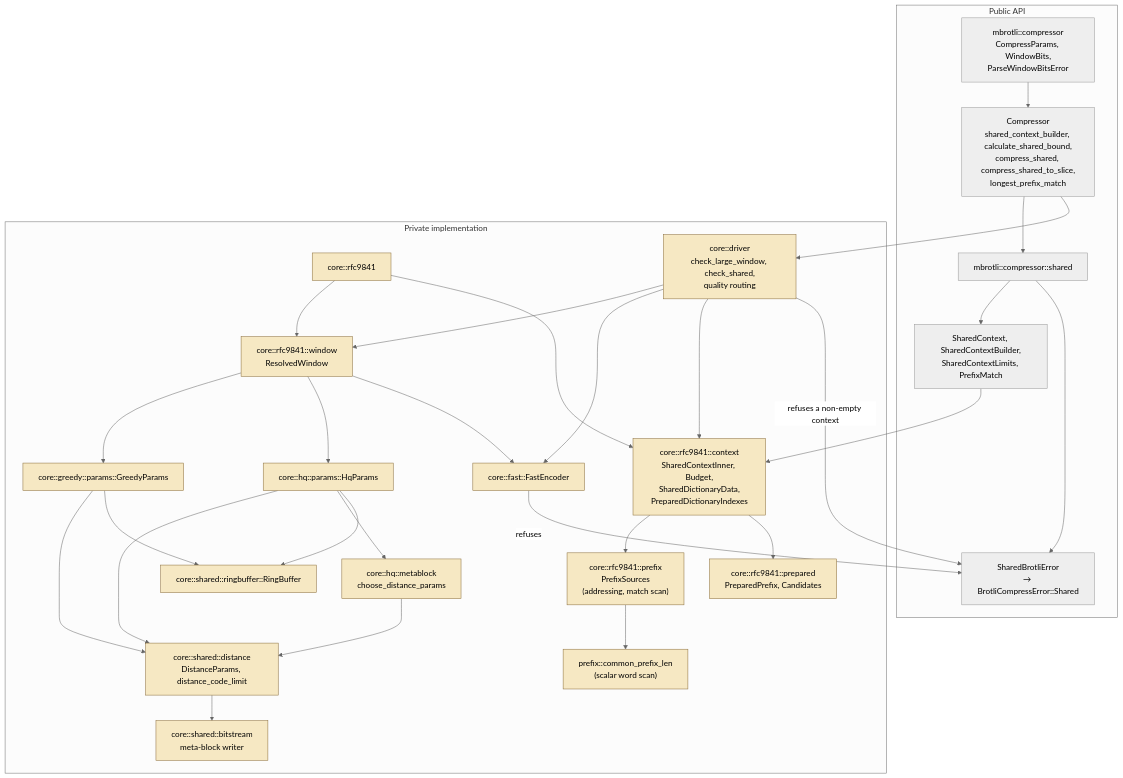
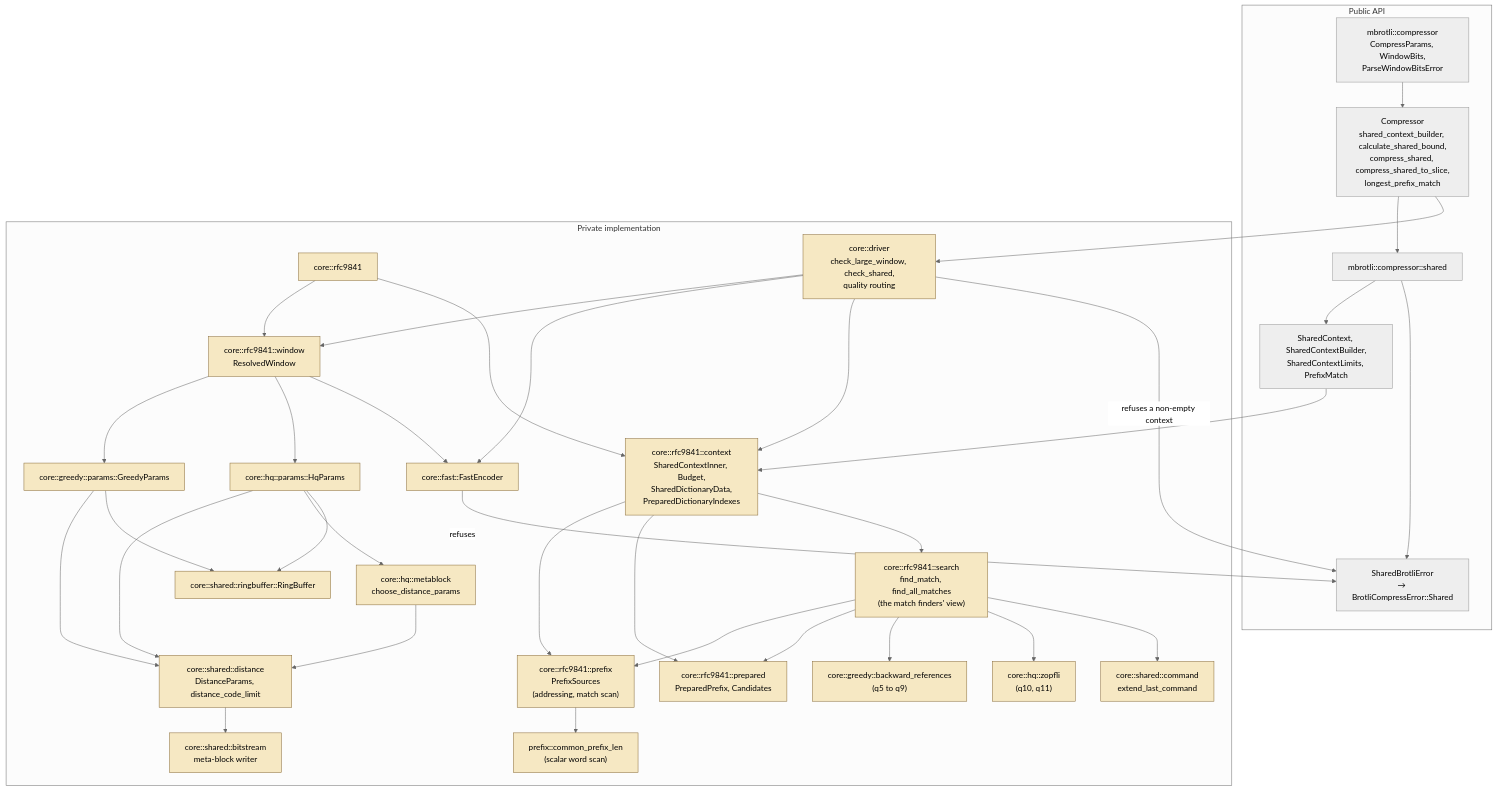
The first of 13 diagrams in architecture/shared-brotli.md (Mnwa/mbrotli), drawn with Mermaid (neutral theme) before and after one commit. The commit also changed other lines of this file and 59 other files, not shown here.

````diff
--- a/architecture/shared-brotli.md
+++ b/architecture/shared-brotli.md
@@ -39,57 +39,67 @@
 ```mermaid
 graph TD
     subgraph public["Public API"]
         comp["mbrotli::compressor<br/>CompressParams, WindowBits,<br/>ParseWindowBitsError"]
         entry["Compressor<br/>shared_context_builder, calculate_shared_bound,<br/>compress_shared, compress_shared_to_slice,<br/>longest_prefix_match"]
         sharedmod["mbrotli::compressor::shared"]
         ctx["SharedContext, SharedContextBuilder,<br/>SharedContextLimits, PrefixMatch"]
         err["SharedBrotliError<br/>→ BrotliCompressError::Shared"]
     end
 
     subgraph private["Private implementation"]
         rfc["core::rfc9841"]
         window["core::rfc9841::window<br/>ResolvedWindow"]
         inner["core::rfc9841::context<br/>SharedContextInner, Budget,<br/>SharedDictionaryData,<br/>PreparedDictionaryIndexes"]
         pfx["core::rfc9841::prefix<br/>PrefixSources<br/>(addressing, match scan)"]
         prep["core::rfc9841::prepared<br/>PreparedPrefix, Candidates"]
-        driver["core::driver<br/>check_large_window, check_shared,<br/>quality routing"]
+        search["core::rfc9841::search<br/>find_match, find_all_matches<br/>(the match finders' view)"]
+    driver["core::driver<br/>check_large_window, check_shared,<br/>quality routing"]
+    gsearch["core::greedy::backward_references<br/>(q5 to q9)"]
+    hsearch["core::hq::zopfli<br/>(q10, q11)"]
+    cmd["core::shared::command<br/>extend_last_command"]
         dist["core::shared::distance<br/>DistanceParams, distance_code_limit"]
         mlen["prefix::common_prefix_len<br/>(scalar word scan)"]
         gparams["core::greedy::params::GreedyParams"]
         hparams["core::hq::params::HqParams"]
         fast["core::fast::FastEncoder"]
         gmeta["core::hq::metablock<br/>choose_distance_params"]
         bitstream["core::shared::bitstream<br/>meta-block writer"]
         ring["core::shared::ringbuffer::RingBuffer"]
     end
 
     comp --> entry
     entry --> sharedmod
     sharedmod --> ctx
     sharedmod --> err
     ctx --> inner
     entry --> driver
     driver --> window
     driver --> fast
     driver --> inner
     rfc --> window
     rfc --> inner
     inner --> pfx
     inner --> prep
+    inner --> search
+    search --> pfx
+    search --> prep
+    search --> gsearch
+    search --> hsearch
+    search --> cmd
     pfx --> mlen
     window --> gparams
     window --> hparams
     window --> fast
     gparams --> dist
     hparams --> dist
     hparams --> gmeta
     gmeta --> dist
     dist --> bitstream
     gparams --> ring
     hparams --> ring
     fast -->|refuses| err
     driver -->|refuses a non-empty context| err
 
     classDef privateNode fill:#f6e8c3,stroke:#8a6d3b;
-    class rfc,window,inner,pfx,prep,driver,dist,mlen,gparams,hparams,fast,gmeta,bitstream,ring privateNode;
+    class rfc,window,inner,pfx,prep,search,driver,dist,mlen,gparams,hparams,fast,gmeta,bitstream,ring,gsearch,hsearch,cmd privateNode;
 ```
````
